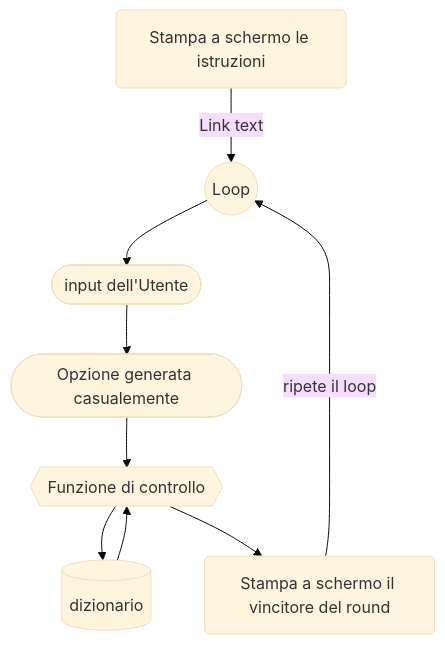
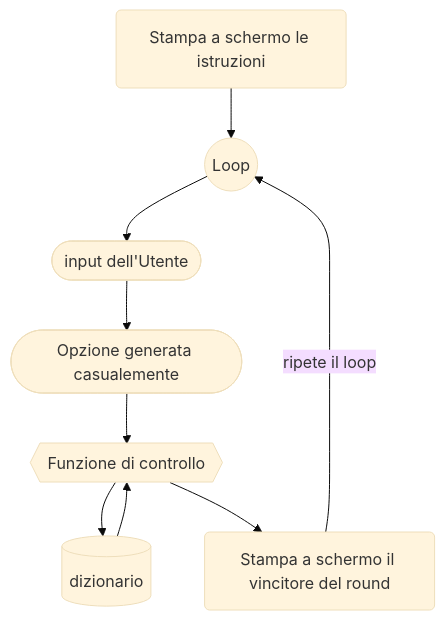
One commit to TeoBale/compiti-astropi changed the diagram in 01-carta-forbice-sasso/readme.md. Above: the diagram before and after it, drawn with Mermaid (base theme).

Commit message:
<-- File contenente la spiegazione completa

````diff
--- a/01-carta-forbice-sasso/readme.md
+++ b/01-carta-forbice-sasso/readme.md
@@ -20,11 +20,11 @@
 ```mermaid
 graph TD
-A(Stampa a schermo le istruzioni) -- Link text --> B((Loop))
+A(Stampa a schermo le istruzioni) --> B((Loop))
 B --> D([input dell'Utente])
 D --> F([Opzione generata casualemente])
 F --> G{{Funzione di controllo}}
 G --> dizionario[(dizionario)]
 dizionario --> G
 G --> H(Stampa a schermo il vincitore del round)
 H -- ripete il loop --> B
 ```
````
